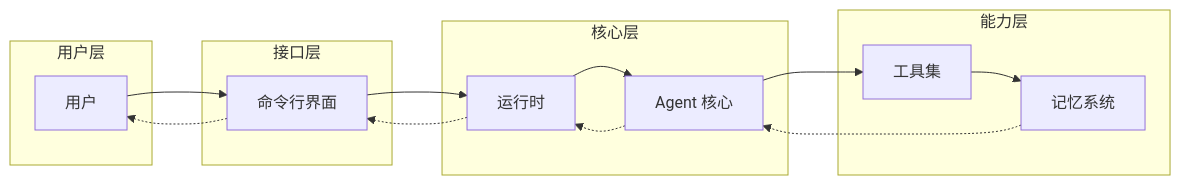
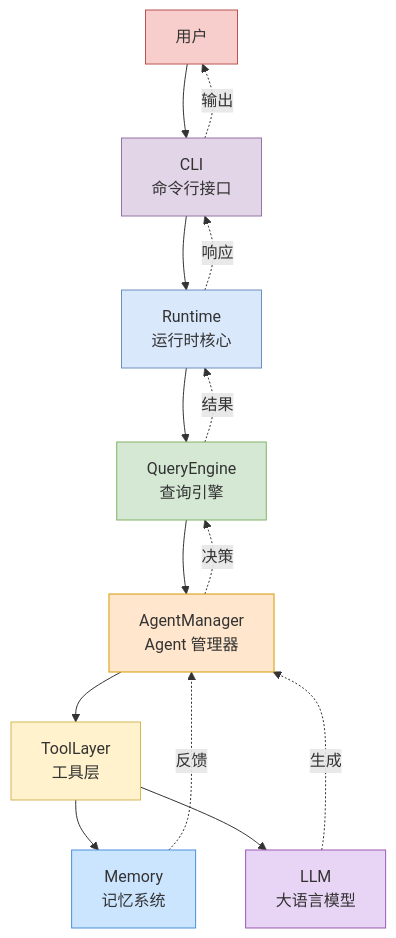
The first of 5 diagrams in architecture-overview.md (Taotie2002/claude-code-deep-dive), drawn with Mermaid before and after one commit. The commit also changed other lines of this file and 4 other files, not shown here.

First line of the commit message:
feat: v1.3 - QueryEngine深度+Agent生命周期+架构总图增强

````diff
--- a/architecture-overview.md
+++ b/architecture-overview.md
@@ -9,30 +9,34 @@
 ```mermaid
-graph LR
-    User --> CLI
-    CLI --> Runtime
-    Runtime --> Agent
-    Agent --> Tools
-    Tools --> Memory
-    Memory -.-> Agent
-    Agent -.-> Runtime
-    Runtime -.-> CLI
-    CLI -.-> User
+graph TB
+    %% 用户层
+    User[用户] --> CLI[CLI<br/>命令行接口]
 
-    subgraph 用户层
-        User[用户]
-    end
+    %% 接口层
+    CLI --> Runtime[Runtime<br/>运行时核心]
+    Runtime --> QueryEngine[QueryEngine<br/>查询引擎]
 
-    subgraph 接口层
-        CLI[命令行界面]
-    end
+    %% 核心调度层
+    QueryEngine --> AgentManager[AgentManager<br/>Agent 管理器]
+    AgentManager --> ToolLayer[ToolLayer<br/>工具层]
 
-    subgraph 核心层
-        Runtime[运行时]
-        Agent[Agent 核心]
-    end
+    %% 能力层
+    ToolLayer --> Memory[Memory<br/>记忆系统]
+    ToolLayer --> LLM[LLM<br/>大语言模型]
 
-    subgraph 能力层
-        Tools[工具集]
-        Memory[记忆系统]
-    end
+    %% 反向反馈
+    Memory -.反馈.-> AgentManager
+    LLM -.生成.-> AgentManager
+    AgentManager -.决策.-> QueryEngine
+    QueryEngine -.结果.-> Runtime
+    Runtime -.响应.-> CLI
+    CLI -.输出.-> User
+
+    style User fill:#f8cecc,stroke:#b85450
+    style CLI fill:#e1d5e7,stroke:#9673a6
+    style Runtime fill:#dae8fc,stroke:#6c8ebf
+    style QueryEngine fill:#d5e8d4,stroke:#82b366
+    style AgentManager fill:#ffe6cc,stroke:#d79b00
+    style ToolLayer fill:#fff2cc,stroke:#d6b656
+    style Memory fill:#cce5ff,stroke:#4a90d9
+    style LLM fill:#e8d5f5,stroke:#9b59b6
 ```
````
